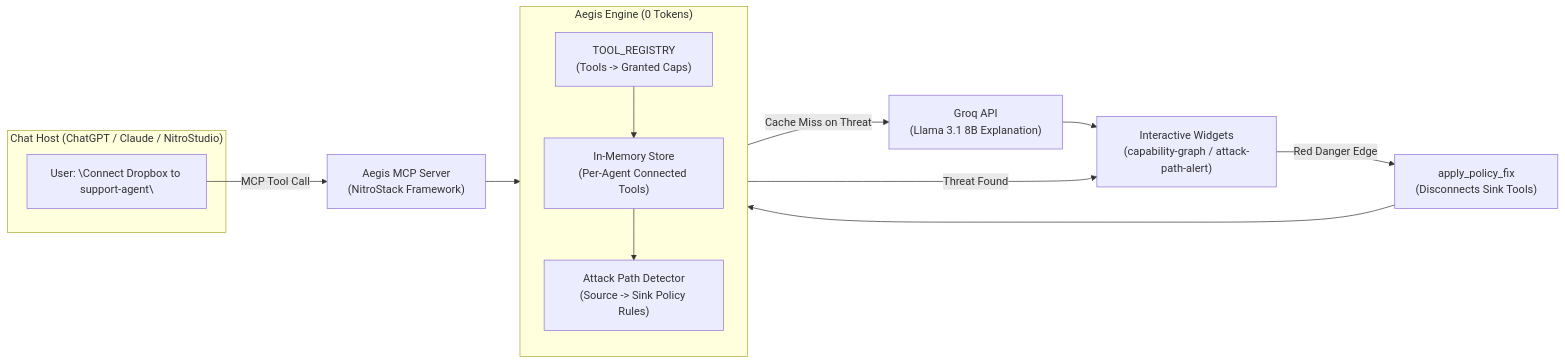
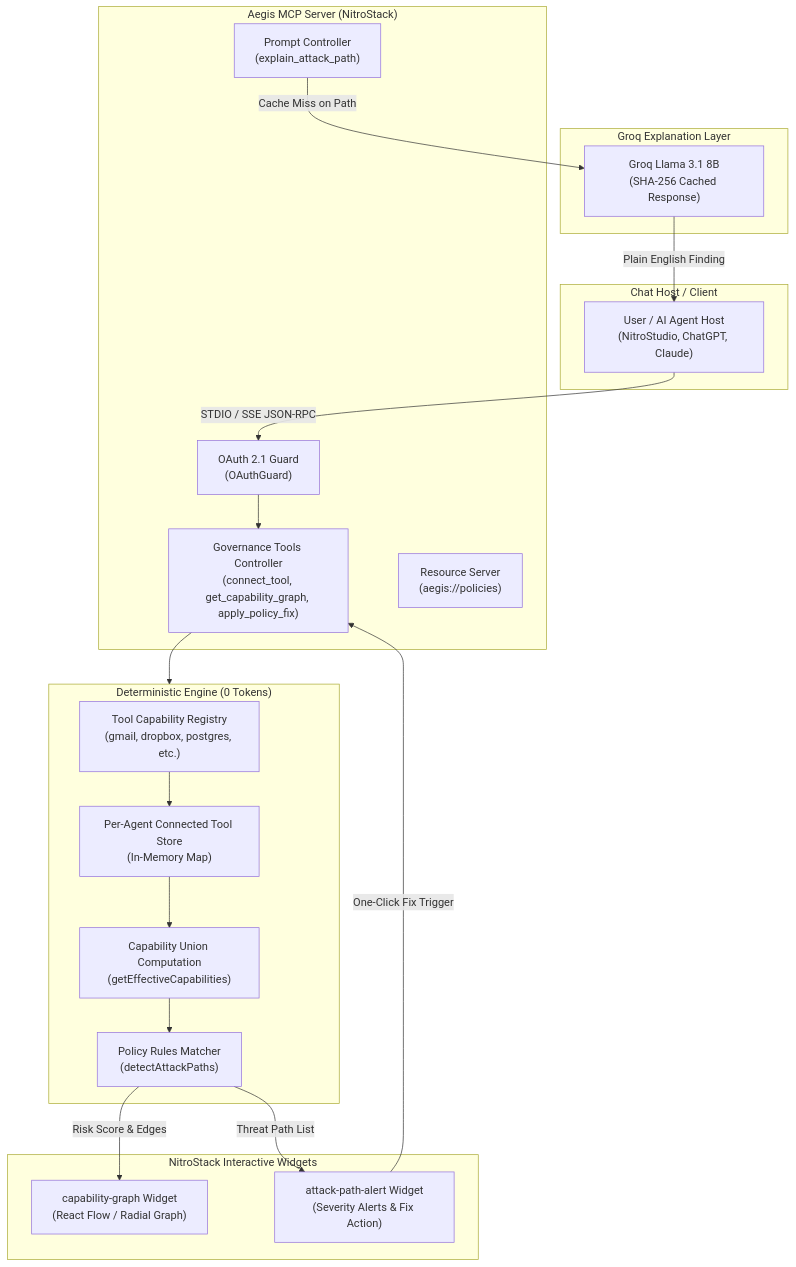
One commit to prince-rai88/aegis-mcp changed the first of 2 diagrams in README.md. Above: the diagram before and after it, drawn with Mermaid. The commit also changed other lines of this file, not shown here.

Commit message:
docs: enhance README with visual badges, ASCII layout diagrams, and Mermaid system flowcharts

````diff
--- a/README.md
+++ b/README.md
@@ -55,23 +60,43 @@
 ```mermaid
-flowchart LR
-    subgraph Host["Chat Host (ChatGPT / Claude / NitroStudio)"]
-        User["User: \"Connect Dropbox to support-agent\""]
+flowchart TD
+    subgraph Host["Chat Host / Client"]
+        Client["User / AI Agent Host\n(NitroStudio, ChatGPT, Claude)"]
     end
 
-    User -->|MCP Tool Call| Server["Aegis MCP Server\n(NitroStack Framework)"]
-
-    subgraph Core["Aegis Engine (0 Tokens)"]
-        direction TB
-        Registry["TOOL_REGISTRY\n(Tools -> Granted Caps)"]
-        Store["In-Memory Store\n(Per-Agent Connected Tools)"]
-        Detector["Attack Path Detector\n(Source -> Sink Policy Rules)"]
-        Registry --> Store --> Detector
+    subgraph MCP["Aegis MCP Server (NitroStack)"]
+        Guard["OAuth 2.1 Guard\n(OAuthGuard)"]
+        Tools["Governance Tools Controller\n(connect_tool, get_capability_graph, apply_policy_fix)"]
+        Resources["Resource Server\n(aegis://policies)"]
+        Prompts["Prompt Controller\n(explain_attack_path)"]
+        
+        Guard --> Tools
     end
 
-    Server --> Core
-    Detector -->|Threat Found| Widgets["Interactive Widgets\n(capability-graph / attack-path-alert)"]
-    Widgets -->|Red Danger Edge| Fix["apply_policy_fix\n(Disconnects Sink Tools)"]
-    Detector -->|Cache Miss on Threat| Groq["Groq API\n(Llama 3.1 8B Explanation)"]
-    Groq --> Widgets
-    Fix --> Detector
+    subgraph Engine["Deterministic Engine (0 Tokens)"]
+        Registry["Tool Capability Registry\n(gmail, dropbox, postgres, etc.)"]
+        Store["Per-Agent Connected Tool Store\n(In-Memory Map)"]
+        Union["Capability Union Computation\n(getEffectiveCapabilities)"]
+        Detector["Policy Rules Matcher\n(detectAttackPaths)"]
+
+        Registry --> Store
+        Store --> Union
+        Union --> Detector
+    end
+
+    subgraph UI["NitroStack Interactive Widgets"]
+        GraphWidget["capability-graph Widget\n(React Flow / Radial Graph)"]
+        AlertWidget["attack-path-alert Widget\n(Severity Alerts & Fix Action)"]
+    end
+
+    subgraph LLM["Groq Explanation Layer"]
+        Groq["Groq Llama 3.1 8B\n(SHA-256 Cached Response)"]
+    end
+
+    Client -->|STDIO / SSE JSON-RPC| Guard
+    Tools --> Engine
+    Detector -->|Risk Score & Edges| GraphWidget
+    Detector -->|Threat Path List| AlertWidget
+    Prompts -->|Cache Miss on Path| Groq
+    Groq -->|Plain English Finding| Client
+    AlertWidget -->|One-Click Fix Trigger| Tools
 ```
````
